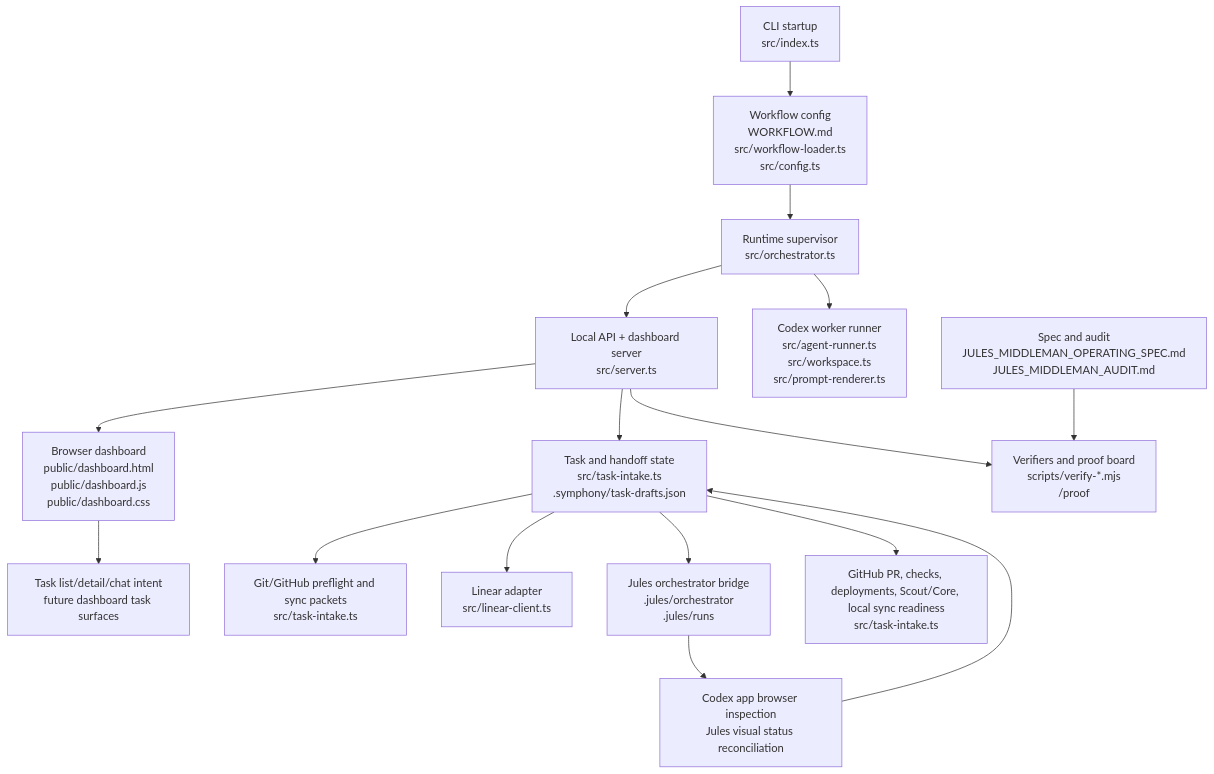
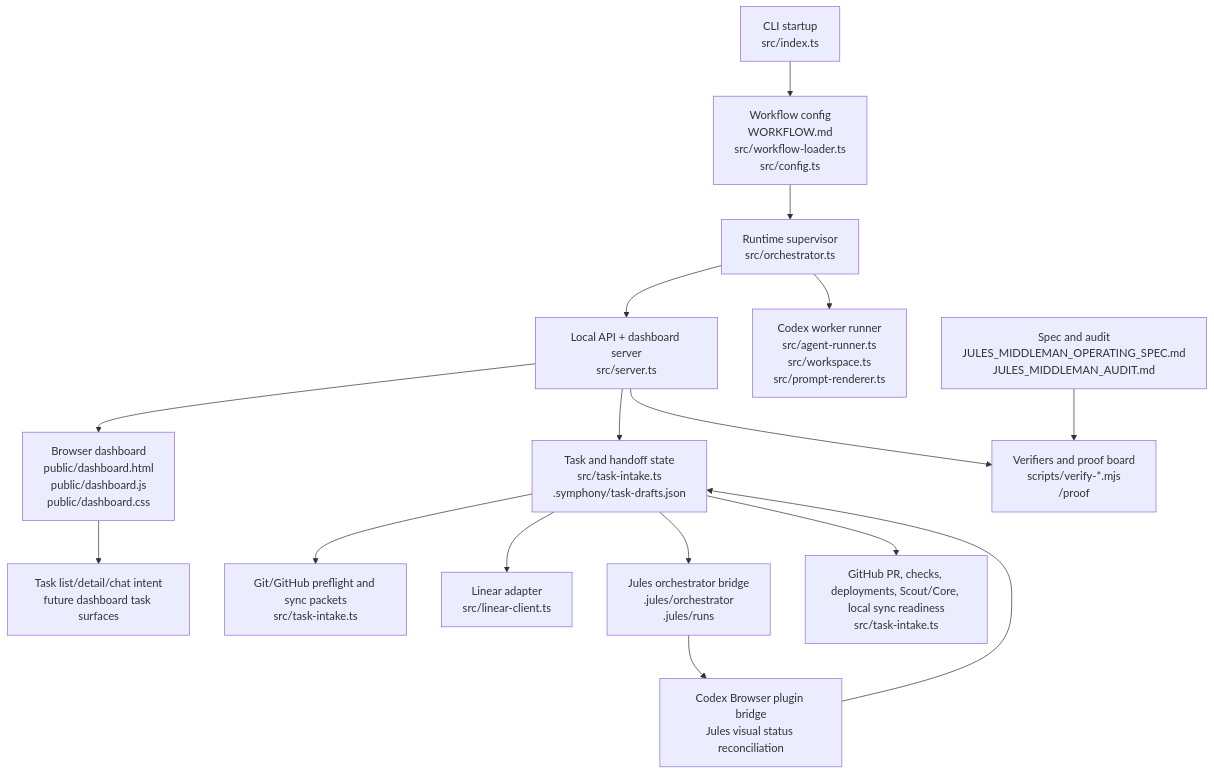
The diagram in conductor/symphony/docs/SYMPHONY_MIDDLEMAN_ARCHITECTURE.md (Gambitnl/Aralia), drawn with Mermaid before and after one commit. The commit also changed other lines of this file and 41 other files, not shown here.

````diff
--- a/conductor/symphony/docs/SYMPHONY_MIDDLEMAN_ARCHITECTURE.md
+++ b/conductor/symphony/docs/SYMPHONY_MIDDLEMAN_ARCHITECTURE.md
@@ -19,34 +27,34 @@
 ```mermaid
 flowchart TD
   CLI["CLI startup\nsrc/index.ts"]
   Workflow["Workflow config\nWORKFLOW.md\nsrc/workflow-loader.ts\nsrc/config.ts"]
   Orchestrator["Runtime supervisor\nsrc/orchestrator.ts"]
   Server["Local API + dashboard server\nsrc/server.ts"]
   Dashboard["Browser dashboard\npublic/dashboard.html\npublic/dashboard.js\npublic/dashboard.css"]
   TaskView["Task list/detail/chat intent\nfuture dashboard task surfaces"]
   TaskStore["Task and handoff state\nsrc/task-intake.ts\n.symphony/task-drafts.json"]
   Git["Git/GitHub preflight and sync packets\nsrc/task-intake.ts"]
   Linear["Linear adapter\nsrc/linear-client.ts"]
   Jules["Jules orchestrator bridge\n.jules/orchestrator\n.jules/runs"]
   PR["GitHub PR, checks, deployments, Scout/Core, local sync readiness\nsrc/task-intake.ts"]
-  Browser["Codex app browser inspection\nJules visual status reconciliation"]
+  Browser["Codex Browser plugin bridge\nJules visual status reconciliation"]
   Worker["Codex worker runner\nsrc/agent-runner.ts\nsrc/workspace.ts\nsrc/prompt-renderer.ts"]
   Proof["Verifiers and proof board\nscripts/verify-*.mjs\n/proof"]
   Docs["Spec and audit\nJULES_MIDDLEMAN_OPERATING_SPEC.md\nJULES_MIDDLEMAN_AUDIT.md"]
 
   CLI --> Workflow
   Workflow --> Orchestrator
   Orchestrator --> Server
   Server --> Dashboard
   Dashboard --> TaskView
   Server --> TaskStore
   TaskStore --> Git
   TaskStore --> Linear
   TaskStore --> Jules
   TaskStore --> PR
   Jules --> Browser
   Browser --> TaskStore
   Orchestrator --> Worker
   Server --> Proof
   Docs --> Proof
 ```
````
